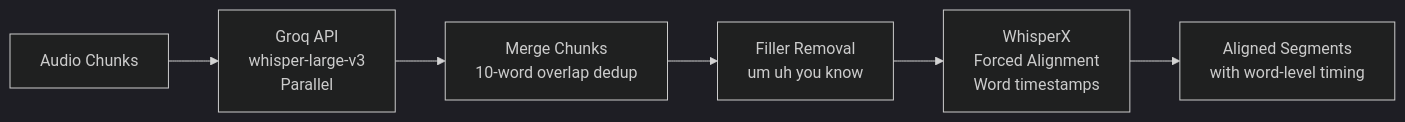
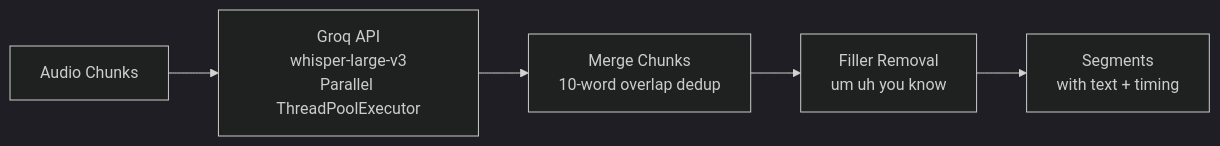
One commit to samm329-ui/Trimora changed the fourth of 5 diagrams in README.md. Above: the diagram before and after it, drawn with Mermaid (dark theme). The commit also changed other lines of this file, not shown here.

Commit message:
docs: update README to reflect current codebase structure and API

````diff
--- a/README.md
+++ b/README.md
@@ -223,8 +253,7 @@
 ```mermaid
 flowchart LR
-    C[Audio Chunks] --> G[Groq API<br/>whisper-large-v3<br/>Parallel]
+    C[Audio Chunks] --> G[Groq API<br/>whisper-large-v3<br/>Parallel ThreadPoolExecutor]
     G --> M[Merge Chunks<br/>10-word overlap dedup]
     M --> F[Filler Removal<br/>um uh you know]
-    F --> W[WhisperX<br/>Forced Alignment<br/>Word timestamps]
-    W --> S[Aligned Segments<br/>with word-level timing]
+    F --> S[Segments<br/>with text + timing]
 ```
````
